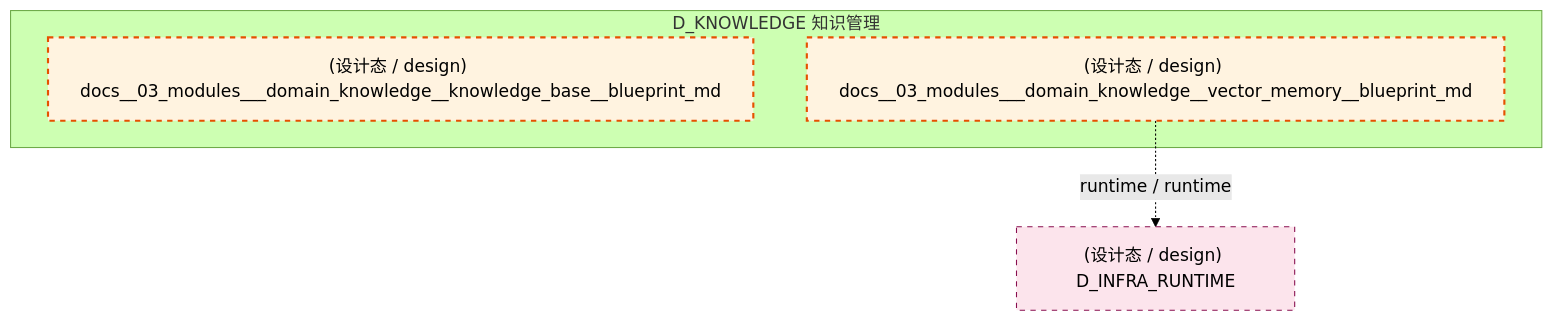
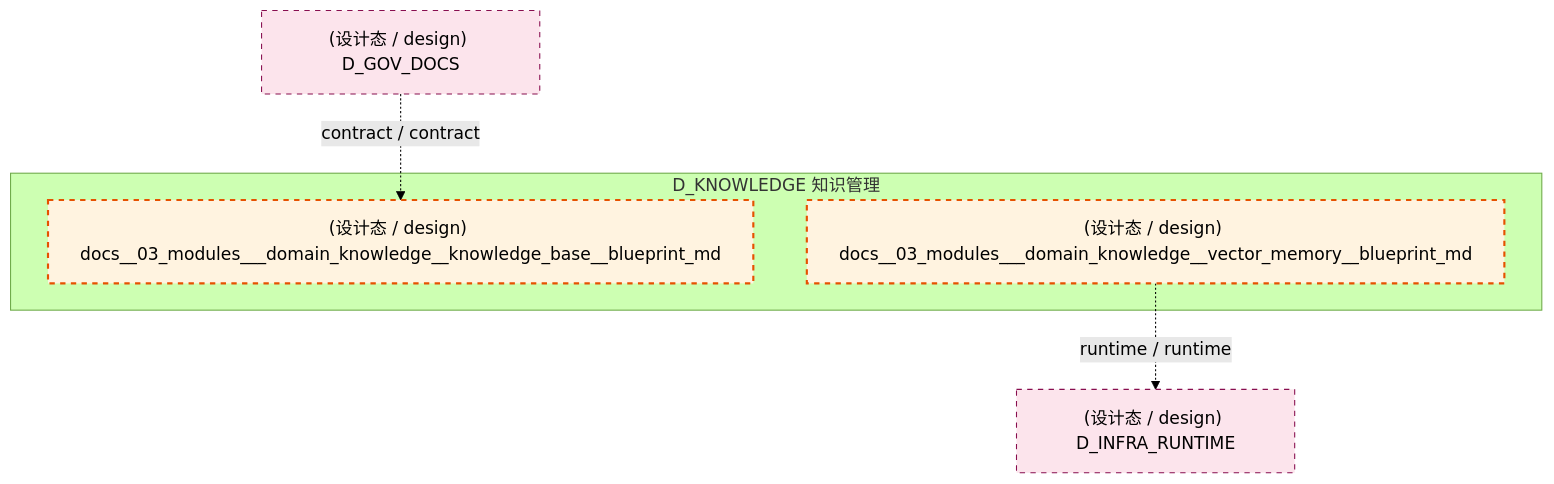
The second of 4 diagrams in docs/02_enterprise_architecture/02_domain_architecture_docs/48_d_knowledge.md (xuanFelixVan/ZephyrAlpha), drawn with Mermaid (forest theme) before and after one commit. The commit also changed other lines of this file and 102 other files, not shown here.

````diff
--- a/docs/02_enterprise_architecture/02_domain_architecture_docs/48_d_knowledge.md
+++ b/docs/02_enterprise_architecture/02_domain_architecture_docs/48_d_knowledge.md
@@ -99,15 +101,17 @@
 ```mermaid
 graph TD
     subgraph D_KNOWLEDGE["D_KNOWLEDGE 知识管理"]
         docs_03_modules_domain_knowledge_knowledge_base_blueprint_md["(设计态 / design) docs__03_modules___domain_knowledge__knowledge_base__blueprint_md"]
         docs_03_modules_domain_knowledge_vector_memory_blueprint_md["(设计态 / design) docs__03_modules___domain_knowledge__vector_memory__blueprint_md"]
     end
     D_INFRA_RUNTIME["(设计态 / design) D_INFRA_RUNTIME"]
     docs_03_modules_domain_knowledge_vector_memory_blueprint_md -.->|runtime / runtime| D_INFRA_RUNTIME
+    D_GOV_DOCS["(设计态 / design) D_GOV_DOCS"]
+    D_GOV_DOCS -.->|contract / contract| docs_03_modules_domain_knowledge_knowledge_base_blueprint_md
     classDef production fill:#e1f5fe,stroke:#01579b,stroke-width:2px,color:#000
     classDef design fill:#fff3e0,stroke:#e65100,stroke-width:2px,color:#000,stroke-dasharray: 5 5
     classDef external_prod fill:#e8f5e9,stroke:#1b5e20,stroke-width:1px,color:#000
     classDef external_design fill:#fce4ec,stroke:#880e4f,stroke-width:1px,color:#000,stroke-dasharray: 5 5
     class docs_03_modules_domain_knowledge_knowledge_base_blueprint_md,docs_03_modules_domain_knowledge_vector_memory_blueprint_md design
-    class D_INFRA_RUNTIME external_design
+    class D_INFRA_RUNTIME,D_GOV_DOCS external_design
 ```
````
